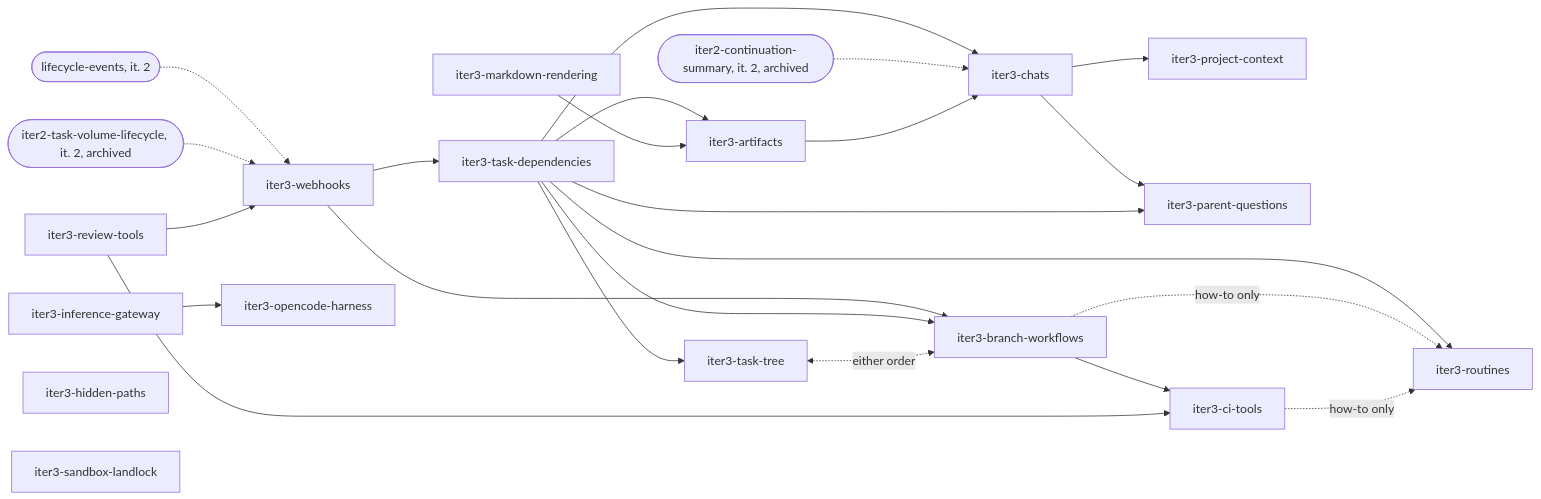
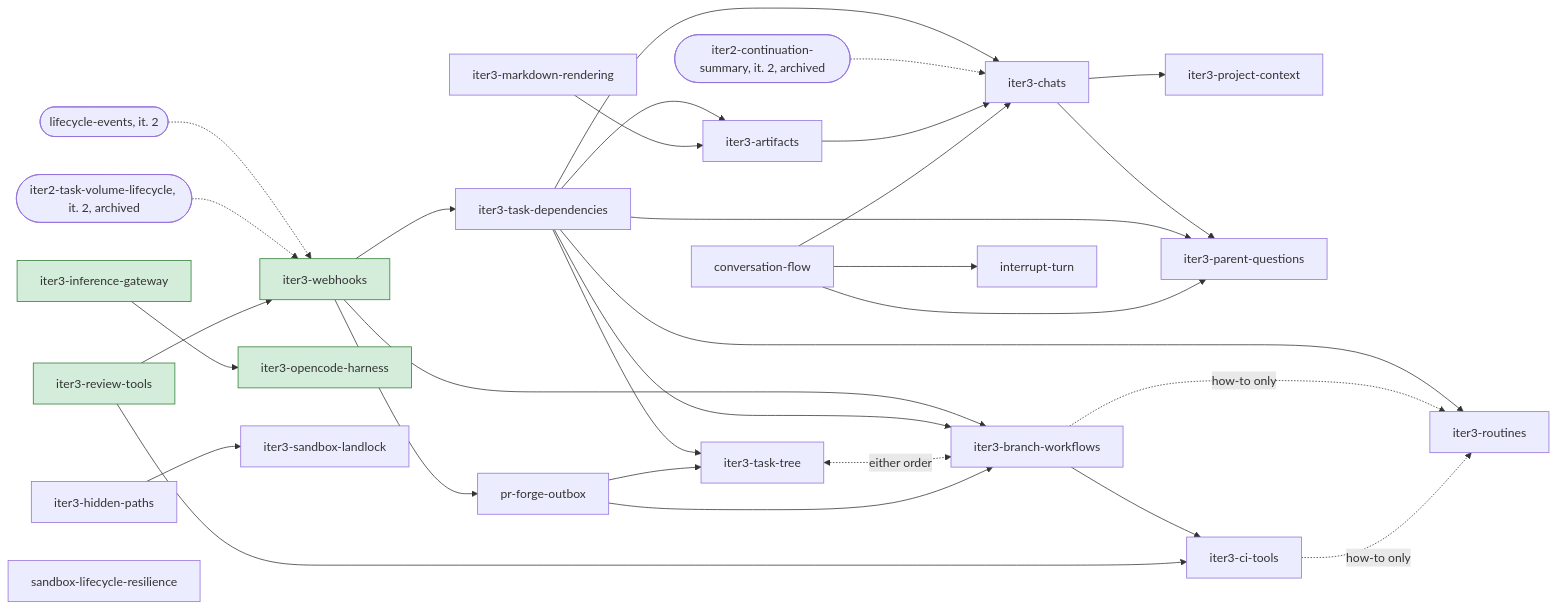
The diagram in product/iterations/iteration-3.md (prskr/dark-factory), drawn with Mermaid before and after one commit. The commit also changed other lines of this file and 1 other file, not shown here.

Commit message:
Roadmap: incorporate latest specs

````diff
--- a/product/iterations/iteration-3.md
+++ b/product/iterations/iteration-3.md
@@ -37,27 +39,35 @@
 ```mermaid
 flowchart LR
   LE([lifecycle-events, it. 2]) -.-> WH
   TV([iter2-task-volume-lifecycle, it. 2, archived]) -.-> WH
   RT[iter3-review-tools] --> WH[iter3-webhooks]
   WH --> TD[iter3-task-dependencies]
   TD --> CH[iter3-chats]
   CS([iter2-continuation-summary, it. 2, archived]) -.-> CH
   CH --> PC[iter3-project-context]
   CH --> PQ[iter3-parent-questions]
   TD --> PQ
   TD --> TT[iter3-task-tree]
   TD --> AR[iter3-artifacts]
   AR --> CH
   MR[iter3-markdown-rendering] --> AR
   WH --> BW[iter3-branch-workflows]
   TD --> BW
   BW --> CI[iter3-ci-tools]
   RT --> CI
   TD --> RO[iter3-routines]
   BW -.->|how-to only| RO
   CI -.->|how-to only| RO
   TT <-.->|either order| BW
   IG[iter3-inference-gateway] --> OC[iter3-opencode-harness]
-  HP[iter3-hidden-paths]
-  SL[iter3-sandbox-landlock]
+  HP[iter3-hidden-paths] --> SL[iter3-sandbox-landlock]
+  WH --> PF[pr-forge-outbox]
+  PF --> TT
+  PF --> BW
+  CF[conversation-flow] --> IT[interrupt-turn]
+  CF --> PQ
+  CF --> CH
+  SR[sandbox-lifecycle-resilience]
+  classDef done fill:#d4edda,stroke:#2e7d32
+  class RT,WH,IG,OC done
 ```
````
